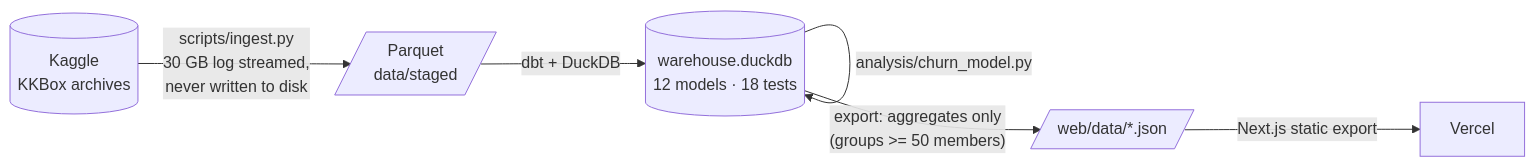
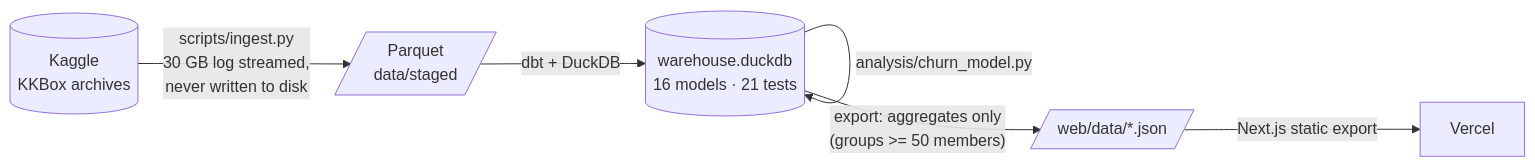
One commit to pavanmanjunath18/subscription-churn-analytics changed the diagram in README.md. Above: the diagram before and after it, drawn with Mermaid. The commit also changed other lines of this file and 39 other files, not shown here.

````diff
--- a/README.md
+++ b/README.md
@@ -22,8 +37,8 @@
 ```mermaid
 flowchart LR
     K[("Kaggle<br/>KKBox archives")] -->|"scripts/ingest.py<br/>30 GB log streamed,<br/>never written to disk"| P[/"Parquet<br/>data/staged"/]
-    P -->|dbt + DuckDB| W[("warehouse.duckdb<br/>12 models · 18 tests")]
+    P -->|dbt + DuckDB| W[("warehouse.duckdb<br/>16 models · 21 tests")]
     W -->|analysis/churn_model.py| W
     W -->|"export: aggregates only<br/>(groups >= 50 members)"| J[/"web/data/*.json"/]
     J -->|Next.js static export| V["Vercel"]
 ```
````
